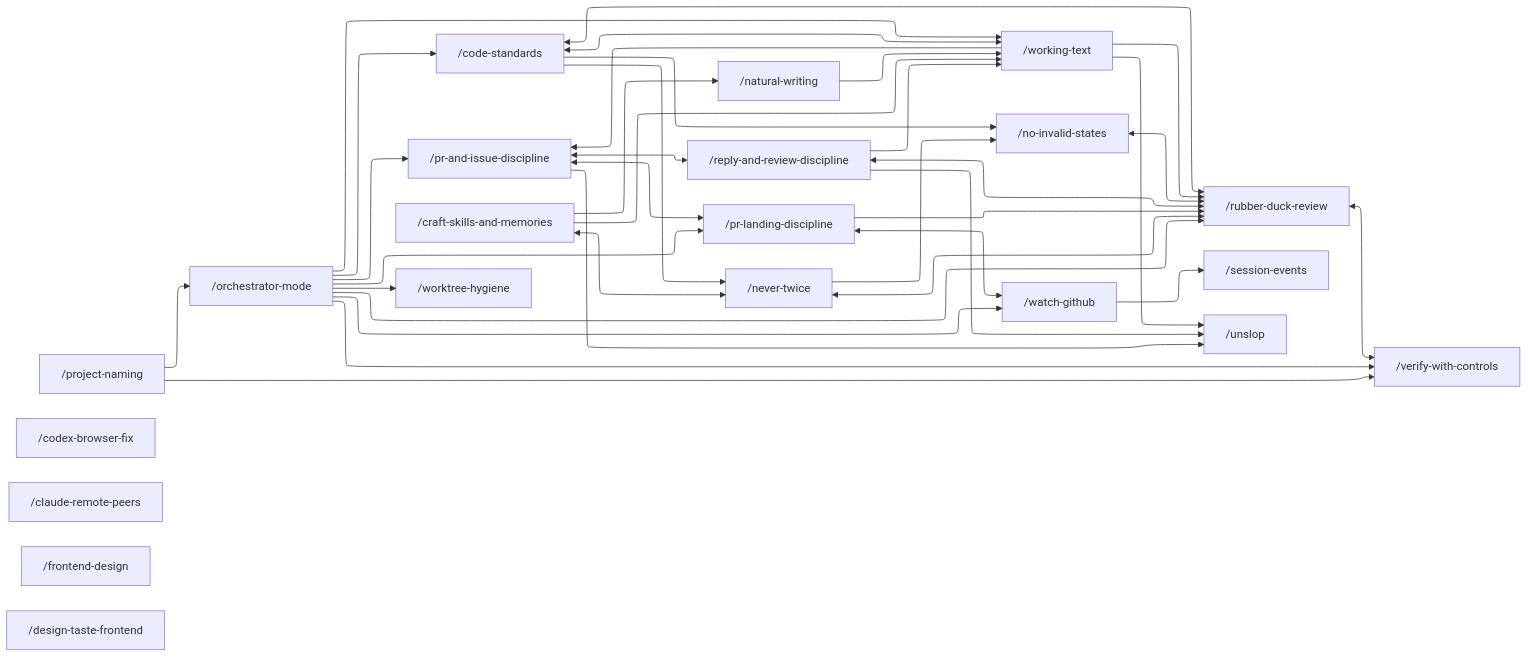
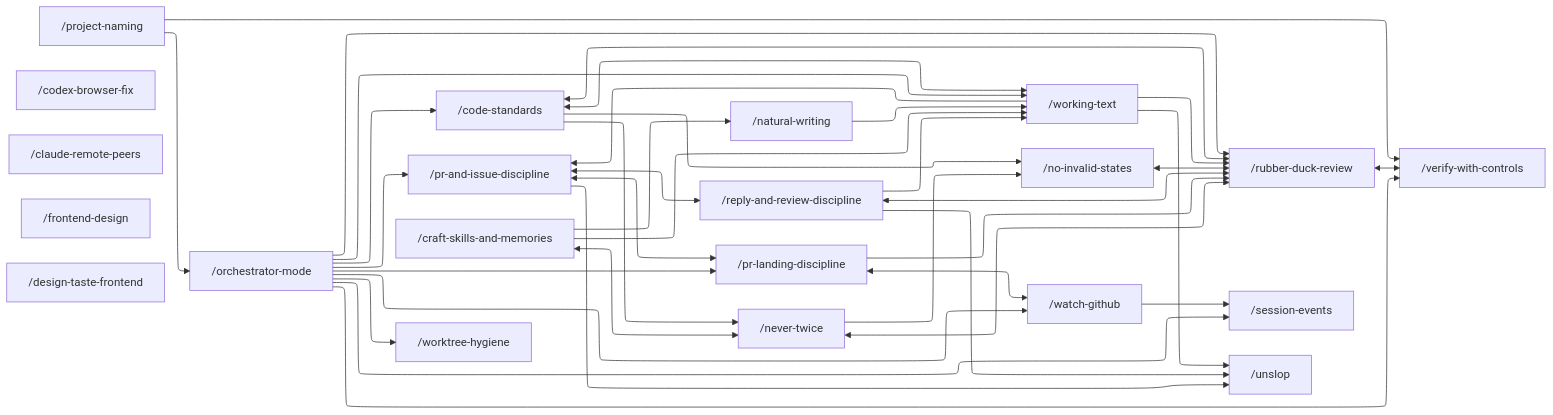
Before and after one commit to Vivswan/skills: the diagram in README.md, drawn with Mermaid. The commit also changed 17 other files, not shown here.

```diff
--- a/README.md
+++ b/README.md
@@ -107,6 +107,7 @@
   nw --> wt
   om --> rdr
   om --> wgh
+  om --> se
   wgh --> se
   om --> cs
   om --> pid
```
